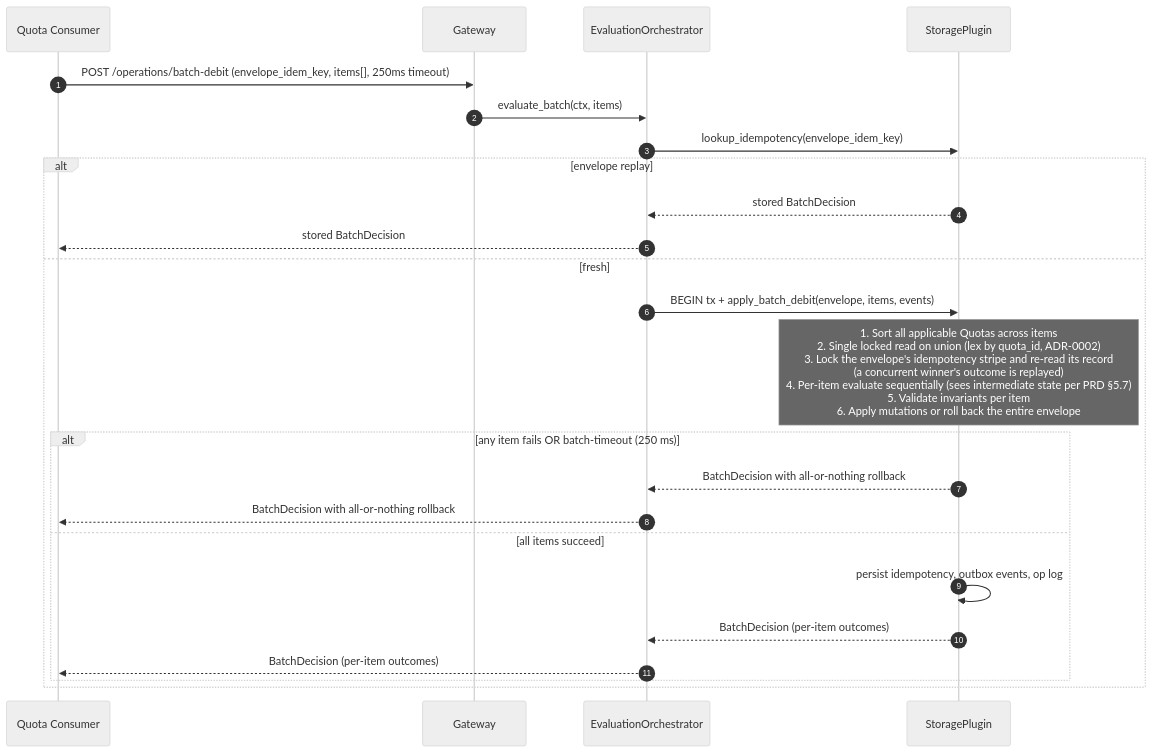
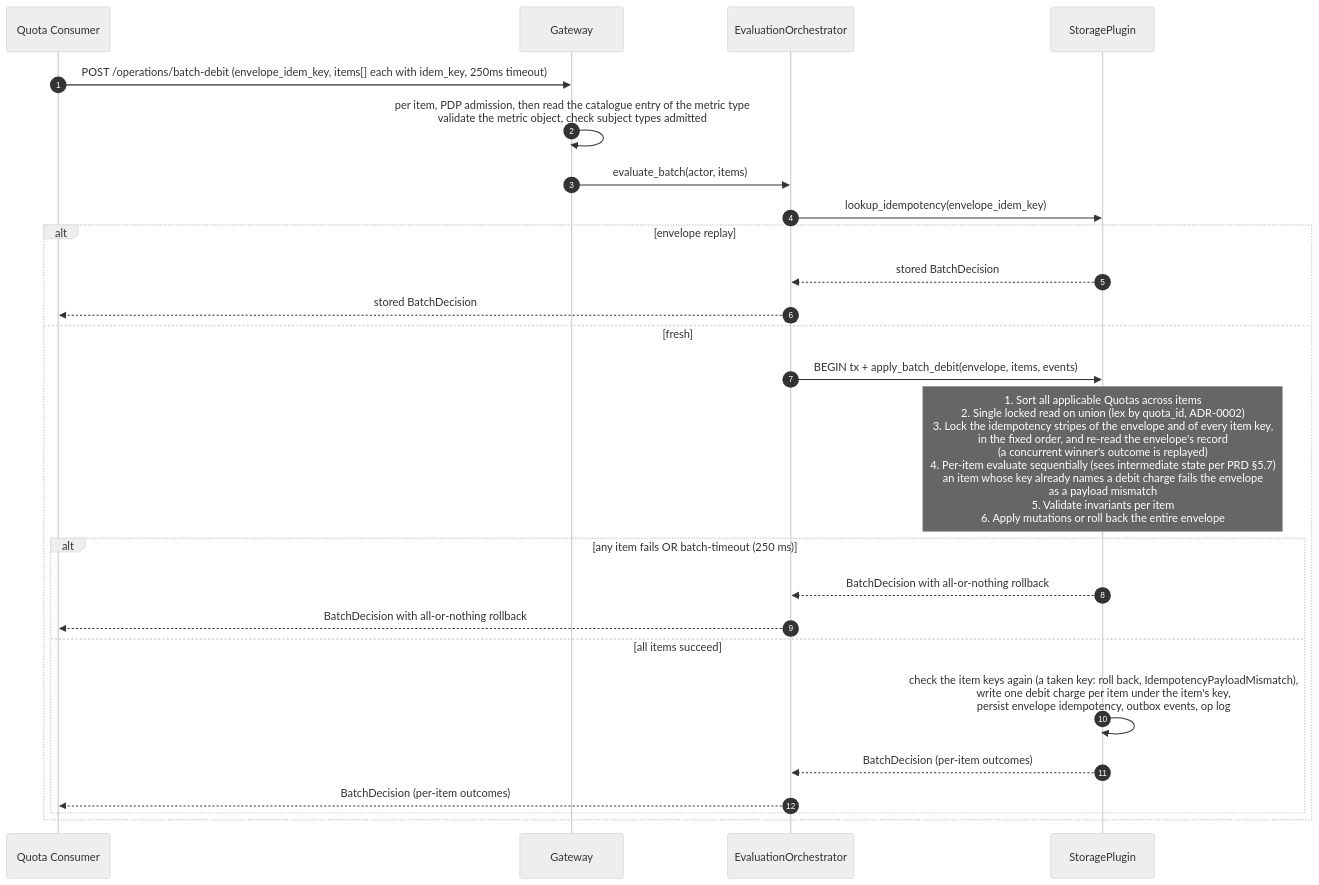
One commit to constructorfabric/gears-rust changed the tenth of 18 diagrams in gears/system/quota-enforcement/docs/DESIGN.md. Above: the diagram before and after it, drawn with Mermaid (neutral theme). The commit also changed other lines of this file and 48 other files, not shown here.

````diff
--- a/gears/system/quota-enforcement/docs/DESIGN.md
+++ b/gears/system/quota-enforcement/docs/DESIGN.md
@@ -1885,27 +2097,28 @@
 ```mermaid
 sequenceDiagram
     autonumber
     participant Caller as Quota Consumer
     participant GW as Gateway
     participant EO as EvaluationOrchestrator
     participant SP as StoragePlugin
 
-    Caller ->> GW: POST /operations/batch-debit (envelope_idem_key, items[], 250ms timeout)
-    GW ->> EO: evaluate_batch(ctx, items)
+    Caller ->> GW: POST /operations/batch-debit (envelope_idem_key, items[] each with idem_key, 250ms timeout)
+    GW ->> GW: per item, PDP admission, then read the catalogue entry of the metric type<br/>validate the metric object, check subject types admitted
+    GW ->> EO: evaluate_batch(actor, items)
     EO ->> SP: lookup_idempotency(envelope_idem_key)
     alt envelope replay
         SP -->> EO: stored BatchDecision
         EO -->> Caller: stored BatchDecision
     else fresh
         EO ->> SP: BEGIN tx + apply_batch_debit(envelope, items, events)
-        Note over SP: 1. Sort all applicable Quotas across items<br/>2. Single locked read on union (lex by quota_id, ADR-0002)<br/>3. Lock the envelope's idempotency stripe and re-read its record<br/>(a concurrent winner's outcome is replayed)<br/>4. Per-item evaluate sequentially (sees intermediate state per PRD §5.7)<br/>5. Validate invariants per item<br/>6. Apply mutations or roll back the entire envelope
+        Note over SP: 1. Sort all applicable Quotas across items<br/>2. Single locked read on union (lex by quota_id, ADR-0002)<br/>3. Lock the idempotency stripes of the envelope and of every item key,<br/>in the fixed order, and re-read the envelope's record<br/>(a concurrent winner's outcome is replayed)<br/>4. Per-item evaluate sequentially (sees intermediate state per PRD §5.7)<br/>an item whose key already names a debit charge fails the envelope<br/>as a payload mismatch<br/>5. Validate invariants per item<br/>6. Apply mutations or roll back the entire envelope
         alt any item fails OR batch-timeout (250 ms)
             SP -->> EO: BatchDecision with all-or-nothing rollback
             EO -->> Caller: BatchDecision with all-or-nothing rollback
         else all items succeed
-            SP ->> SP: persist idempotency, outbox events, op log
+            SP ->> SP: check the item keys again (a taken key: roll back, IdempotencyPayloadMismatch),<br/>write one debit charge per item under the item's key,<br/>persist envelope idempotency, outbox events, op log
             SP -->> EO: BatchDecision (per-item outcomes)
             EO -->> Caller: BatchDecision (per-item outcomes)
         end
     end
 ```
````
